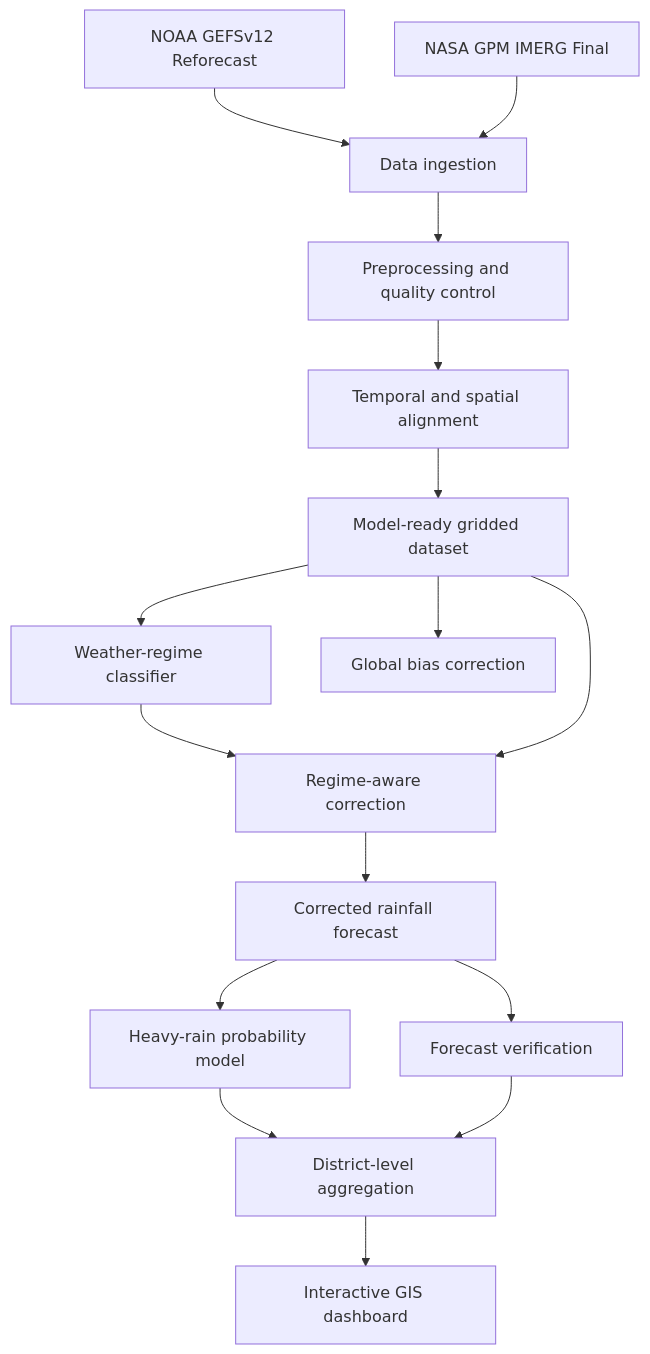
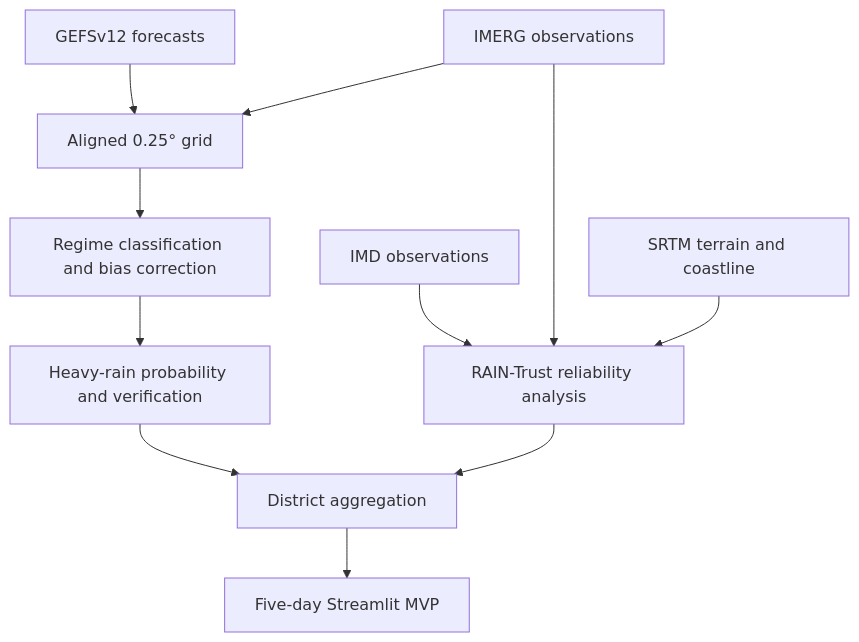
The first of 2 diagrams in README.md (AlanSajiArayani/Regime-Aware-Monsoon-Rainfall-Intelligence_), drawn with Mermaid before and after one commit. The commit also changed other lines of this file and 24 other files, not shown here.

Commit message:
Add RAIN-Trust research dashboard and documentation

````diff
--- a/README.md
+++ b/README.md
@@ -58,21 +64,14 @@
 ```mermaid
 flowchart TD
-    A["NOAA GEFSv12 Reforecast"] --> C["Data ingestion"]
-    B["NASA GPM IMERG Final"] --> C
-    C --> D["Preprocessing and quality control"]
-    D --> E["Temporal and spatial alignment"]
-    E --> F["Model-ready gridded dataset"]
+    A["GEFSv12 forecasts"] --> E["Aligned 0.25° grid"]
+    B["IMERG observations"] --> E
+    C["IMD observations"] --> F["RAIN-Trust reliability analysis"]
+    B --> F
+    D["SRTM terrain and coastline"] --> F
 
-    F --> G["Weather-regime classifier"]
-    F --> H["Global bias correction"]
-    G --> I["Regime-aware correction"]
+    E --> G["Regime classification and bias correction"]
+    G --> H["Heavy-rain probability and verification"]
+    H --> I["District aggregation"]
     F --> I
-
-    I --> J["Corrected rainfall forecast"]
-    J --> K["Heavy-rain probability model"]
-    J --> L["Forecast verification"]
-
-    K --> M["District-level aggregation"]
-    L --> M
-    M --> N["Interactive GIS dashboard"]
+    I --> J["Five-day Streamlit MVP"]
 ```
````
